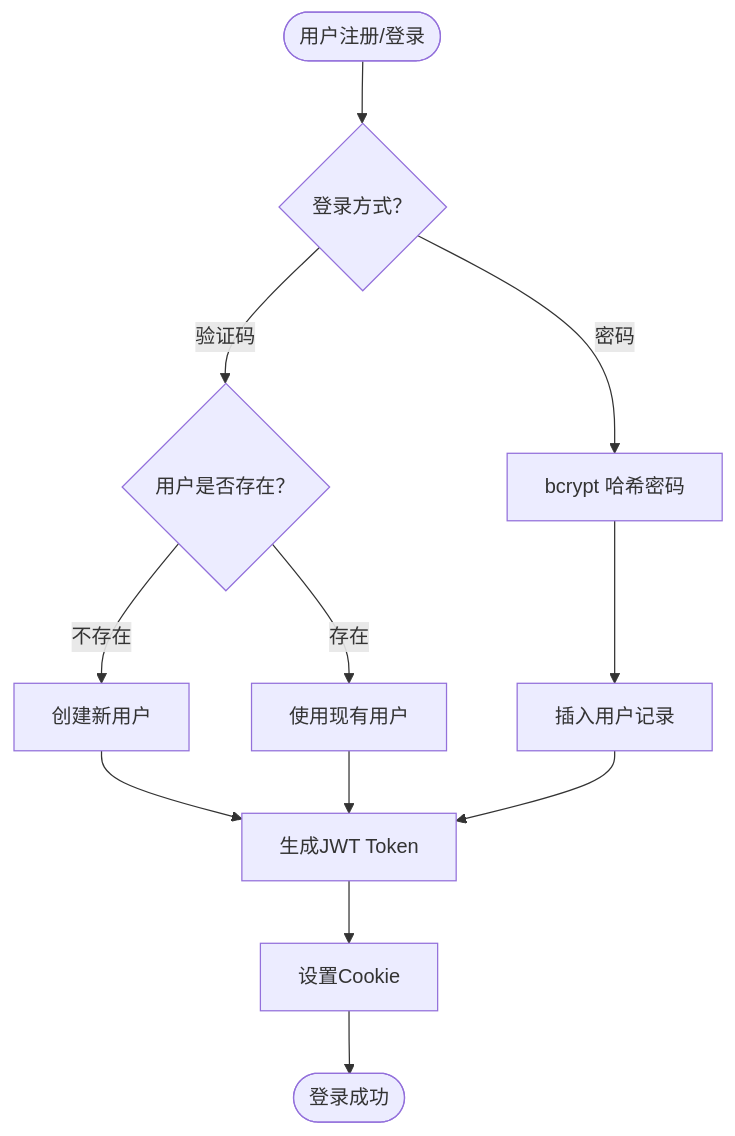
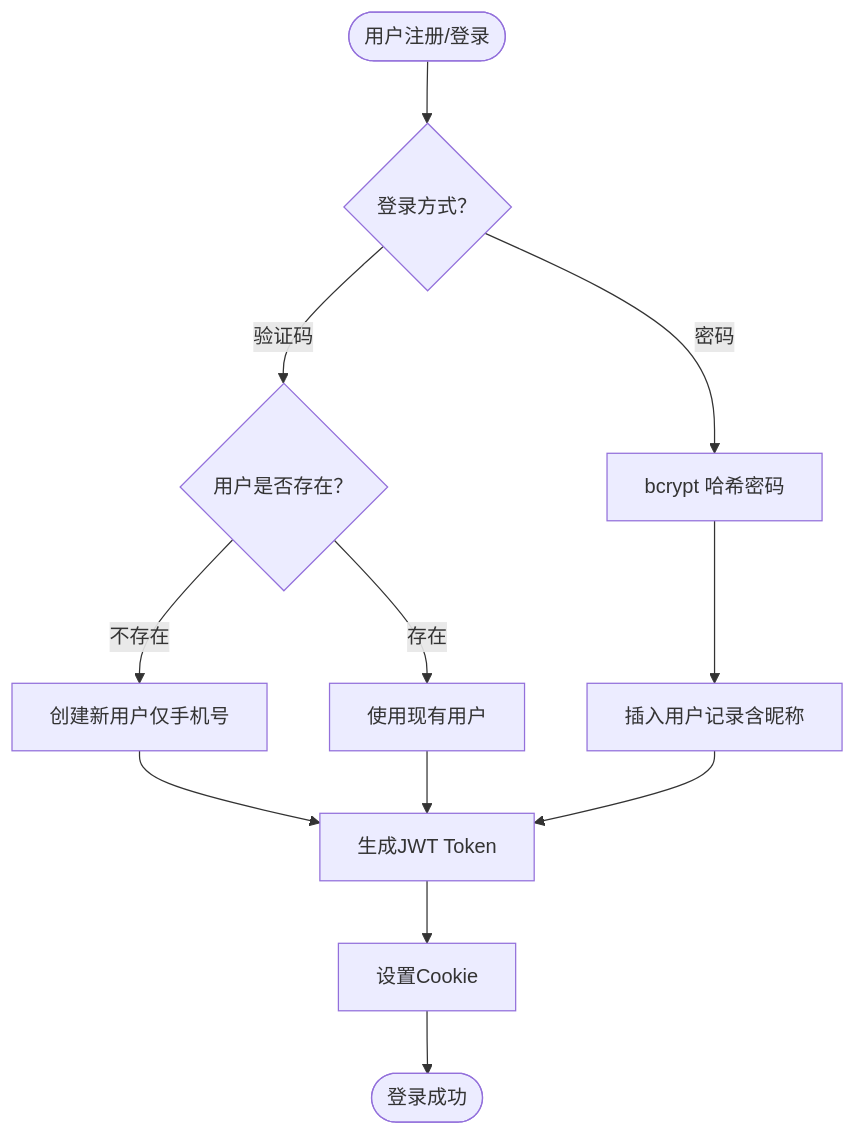
Before and after one commit to billye220670/BananaFlow2: the eighth of 10 diagrams in .qoder/repowiki/zh/content/数据模型.md, drawn with Mermaid. The commit also changed other lines of this file and 19 other files, not shown here.

````diff
--- a/.qoder/repowiki/zh/content/数据模型.md
+++ b/.qoder/repowiki/zh/content/数据模型.md
@@ -654,14 +699,14 @@
 ```mermaid
 flowchart TD
 Start(["用户注册/登录"]) --> CheckType{"登录方式？"}
 CheckType --> |密码| HashPass["bcrypt 哈希密码"]
-HashPass --> InsertUser["插入用户记录"]
+HashPass --> InsertUser["插入用户记录含昵称"]
 CheckType --> |验证码| CheckUser{"用户是否存在？"}
-CheckUser --> |不存在| CreateUser["创建新用户"]
+CheckUser --> |不存在| CreateUser["创建新用户仅手机号"]
 CheckUser --> |存在| UseExisting["使用现有用户"]
 CreateUser --> GenerateToken["生成JWT Token"]
 UseExisting --> GenerateToken
 InsertUser --> GenerateToken
 GenerateToken --> SetCookie["设置Cookie"]
 SetCookie --> Success(["登录成功"])
 ```
````
